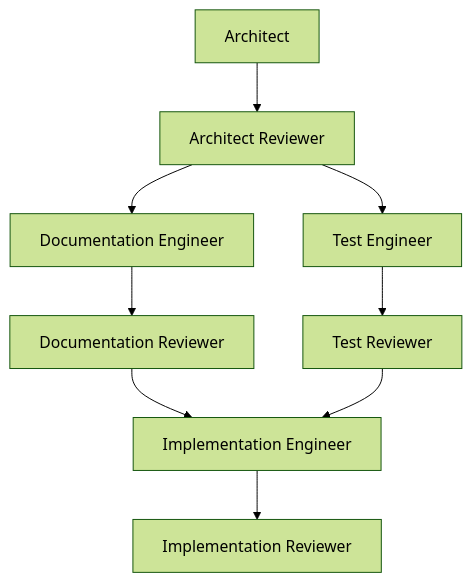
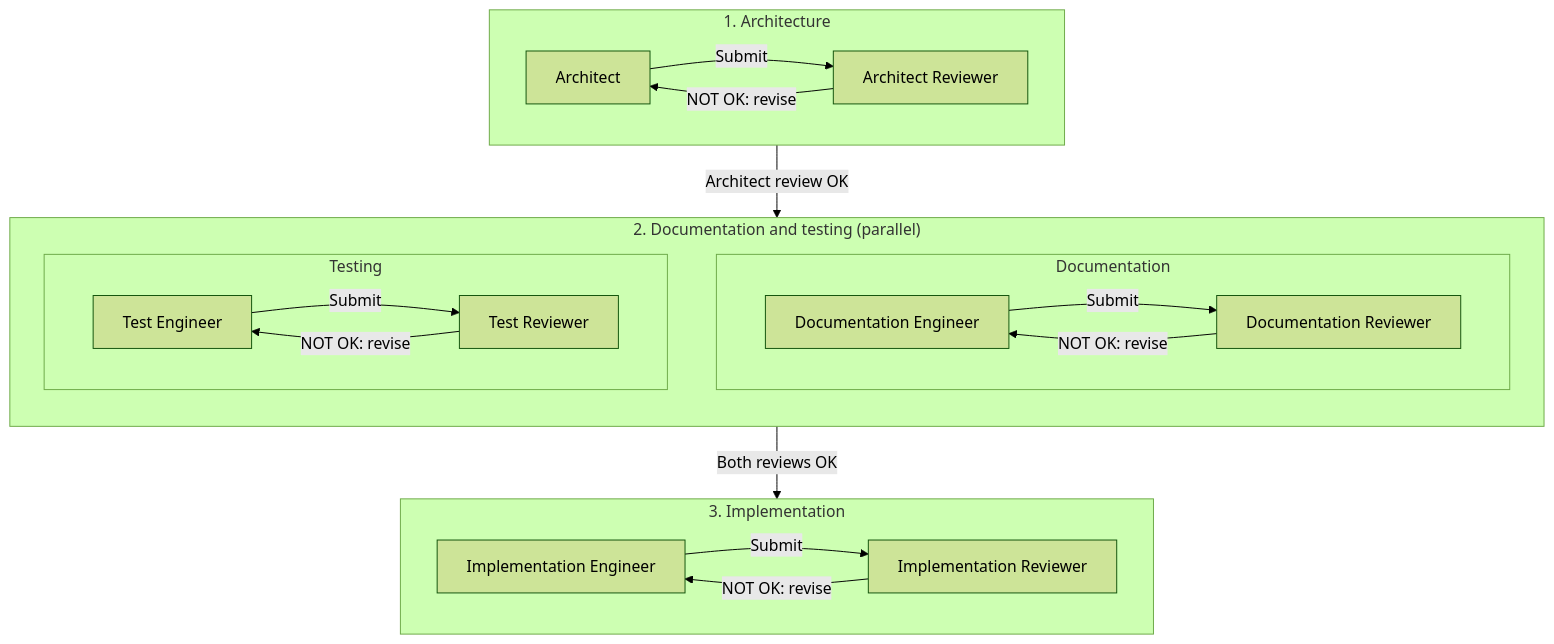
Before and after one commit to pedropaulofb/ontouml-directkg: the diagram in documentation/prompts/README.md, drawn with Mermaid (forest theme). The commit also changed other lines of this file, not shown here.

Commit message:
docs(prompts): group pipeline stages and show review feedback loops
Replace the workflow diagram with three grouped stages and explicit submission/correction loops. Retain separate parallel documentation/testing pairs and require both reviews to pass before implementation. Clarify that OK gates stage advancement while NOT OK returns work for correction.

````diff
--- a/documentation/prompts/README.md
+++ b/documentation/prompts/README.md
@@ -21,11 +21,31 @@
 ```mermaid
-flowchart TD
-    A["Architect"] --> AR["Architect Reviewer"]
-    AR --> D["Documentation Engineer"]
-    AR --> T["Test Engineer"]
-    D --> DR["Documentation Reviewer"]
-    T --> TR["Test Reviewer"]
-    DR --> I["Implementation Engineer"]
-    TR --> I
-    I --> IR["Implementation Reviewer"]
+flowchart TB
+    subgraph architecture["1. Architecture"]
+        direction LR
+        A["Architect"] -->|Submit| AR["Architect Reviewer"]
+        AR -->|NOT OK: revise| A
+    end
+
+    subgraph preparation["2. Documentation and testing (parallel)"]
+        direction TB
+        subgraph documentation["Documentation"]
+            direction LR
+            D["Documentation Engineer"] -->|Submit| DR["Documentation Reviewer"]
+            DR -->|NOT OK: revise| D
+        end
+        subgraph testing["Testing"]
+            direction LR
+            T["Test Engineer"] -->|Submit| TR["Test Reviewer"]
+            TR -->|NOT OK: revise| T
+        end
+    end
+
+    subgraph implementation["3. Implementation"]
+        direction LR
+        I["Implementation Engineer"] -->|Submit| IR["Implementation Reviewer"]
+        IR -->|NOT OK: revise| I
+    end
+
+    architecture -->|Architect review OK| preparation
+    preparation -->|Both reviews OK| implementation
 ```
````
